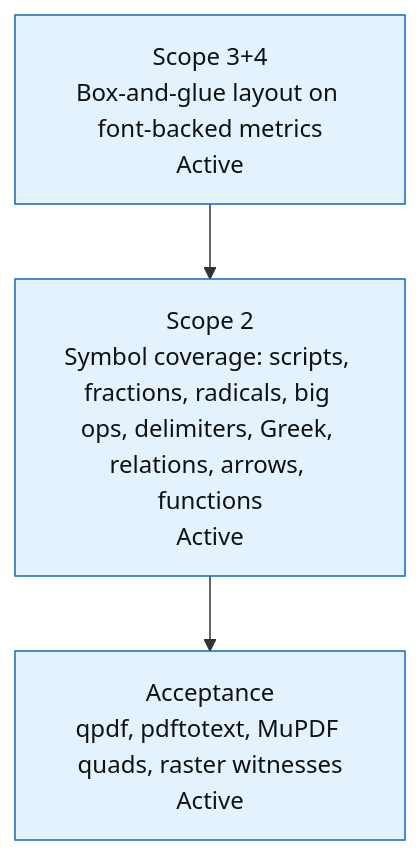
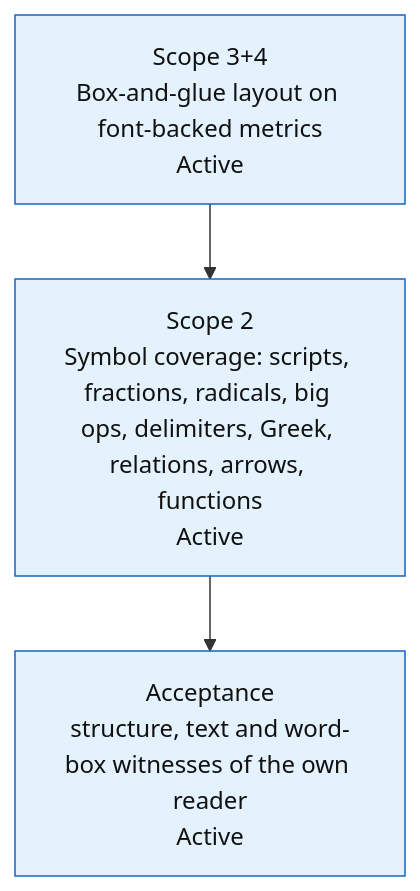
The fourth of 5 diagrams in README.md (diyamantina/MarkdownPDF), drawn with Mermaid before and after one commit. The commit also changed other lines of this file and 9 other files, not shown here.

First line of the commit message:
docs(validation): describe the own-reader witnesses, drop the tools

````diff
--- a/README.md
+++ b/README.md
@@ -715,15 +725,15 @@
 ```mermaid
 flowchart TD
     M3["Scope 3+4<br/>Box-and-glue layout on font-backed metrics<br/>Active"]
     M4["Scope 2<br/>Symbol coverage: scripts, fractions, radicals, big ops, delimiters, Greek, relations, arrows, functions<br/>Active"]
-    M6["Acceptance<br/>qpdf, pdftotext, MuPDF quads, raster witnesses<br/>Active"]
+    M6["Acceptance<br/>structure, text and word-box witnesses of the own reader<br/>Active"]
 
     M3 --> M4 --> M6
 
     classDef done fill:#e8f5e9,stroke:#2e7d32,color:#111;
     classDef active fill:#e3f2fd,stroke:#1565c0,color:#111;
     classDef review fill:#f3e5f5,stroke:#7b1fa2,color:#111;
     classDef next fill:#fff8e1,stroke:#f9a825,color:#111;
     classDef todo fill:#ececec,stroke:#9e9e9e,color:#111;
     class M3,M4,M6 active;
 ```
````
